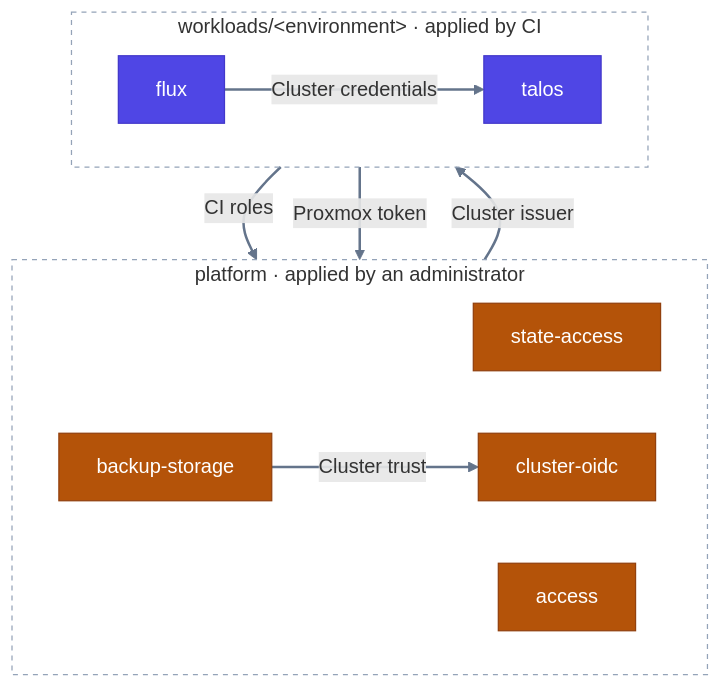
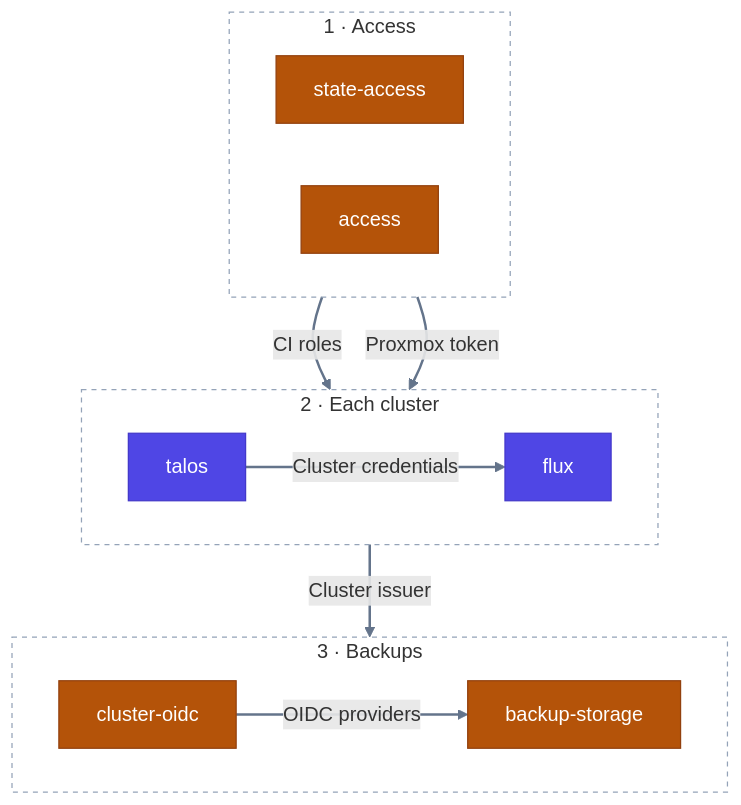
The diagram in terraform/README.md (rauland/iac), drawn with Mermaid before and after one commit. The commit also changed other lines of this file, not shown here.

Commit message:
Draw the Terraform roots in apply order
Stages run top to bottom, and each arrow shows what one root passes to the
next, so the diagram no longer reads backwards or looks circular.

Claude-Session: https://claude.ai/code/session_01GaWU1W6epJg7bgDswMPmiT

````diff
--- a/terraform/README.md
+++ b/terraform/README.md
@@ -18,32 +18,32 @@
 ```mermaid
 flowchart TB
-    subgraph platform["platform · applied by an administrator"]
+    subgraph before["1 · Access"]
         direction LR
         stateaccess["state-access"]
         access["access"]
-        oidc["cluster-oidc"]
-        backup["backup-storage"]
     end
 
-    subgraph workloads["workloads/&lt;environment&gt; · applied by CI"]
+    subgraph cluster["2 · Each cluster"]
         direction LR
-        talos["talos"]
-        flux["flux"]
+        talos["talos"] -->|Cluster credentials| flux["flux"]
     end
 
-    talos -->|CI roles| stateaccess
-    talos -->|Proxmox token| access
-    flux -->|Cluster credentials| talos
-    oidc -->|Cluster issuer| talos
-    backup -->|Cluster trust| oidc
+    subgraph after["3 · Backups"]
+        direction LR
+        oidc["cluster-oidc"] -->|OIDC providers| backup["backup-storage"]
+    end
+
+    stateaccess -->|CI roles| talos
+    access -->|Proxmox token| talos
+    talos -->|Cluster issuer| oidc
 
     classDef ci fill:#4F46E5,stroke:#4338CA,color:#FFFFFF
     classDef admin fill:#B45309,stroke:#92400E,color:#FFFFFF
     classDef group fill:none,stroke:#94A3B8,stroke-dasharray:4 4
 
     class talos,flux ci
     class stateaccess,access,oidc,backup admin
-    class platform,workloads group
+    class before,cluster,after group
 
     linkStyle default stroke:#64748B,stroke-width:2px
 ```
````
